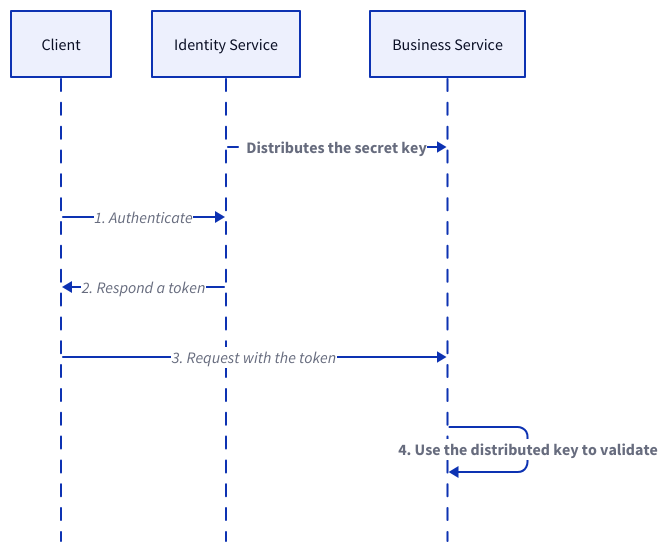
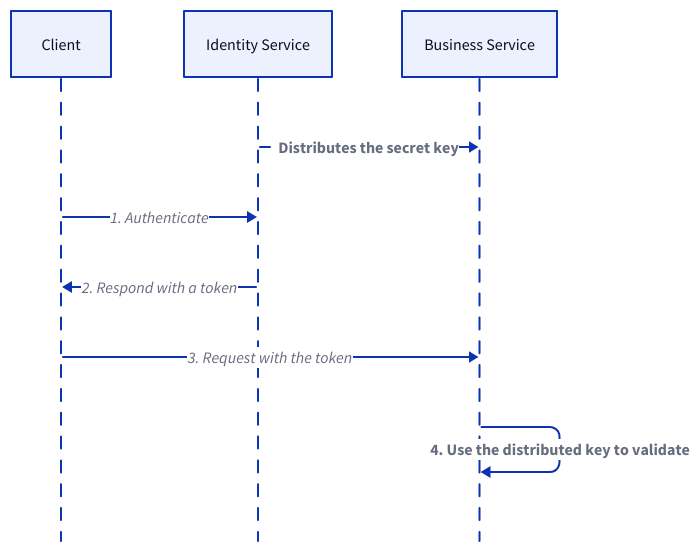
The fourth of 26 diagrams in content/system-administration/system-protection/iam.md (link1905/system-design-101), drawn with D2 before and after one commit. The commit also changed other lines of this file and 42 other files, not shown here.

````diff
--- a/content/system-administration/system-protection/iam.md
+++ b/content/system-administration/system-protection/iam.md
@@ -192,23 +193,23 @@
 ```d2
 shape: sequence_diagram
 c: Client {
     class: client
 }
 a: Identity Service {
     class: server
 }
 o: Business Service {
     class: server
 }
 
 a -> o: Distributes the secret key {
     style.animated: true
     style.bold: true
 }
 c -> a: 1. Authenticate
-a -> c: 2. Respond a token
+a -> c: 2. Respond with a token
 c -> o: 3. Request with the token
 o -> o: 4. Use the distributed key to validate {
     style.bold: true
 }
 ```
````
